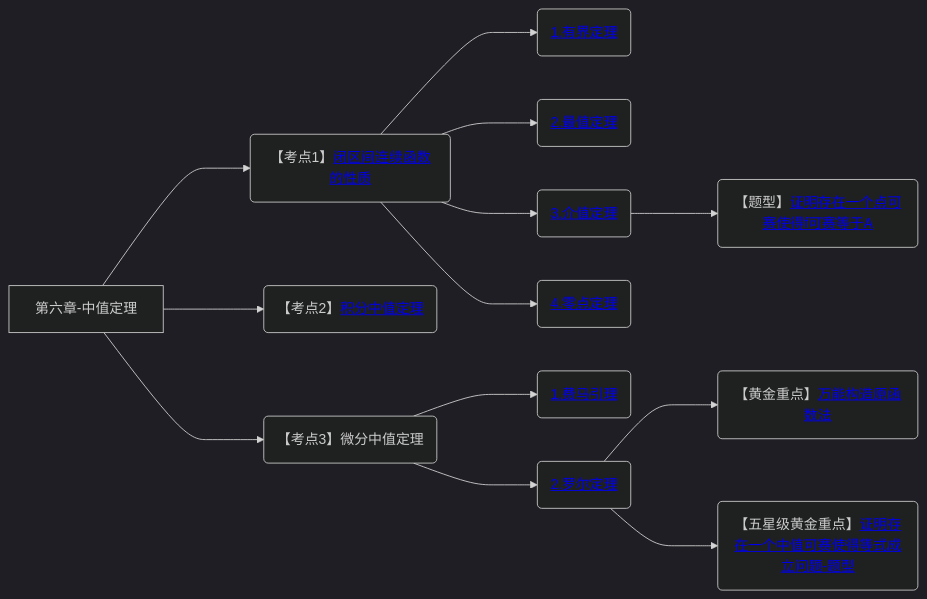
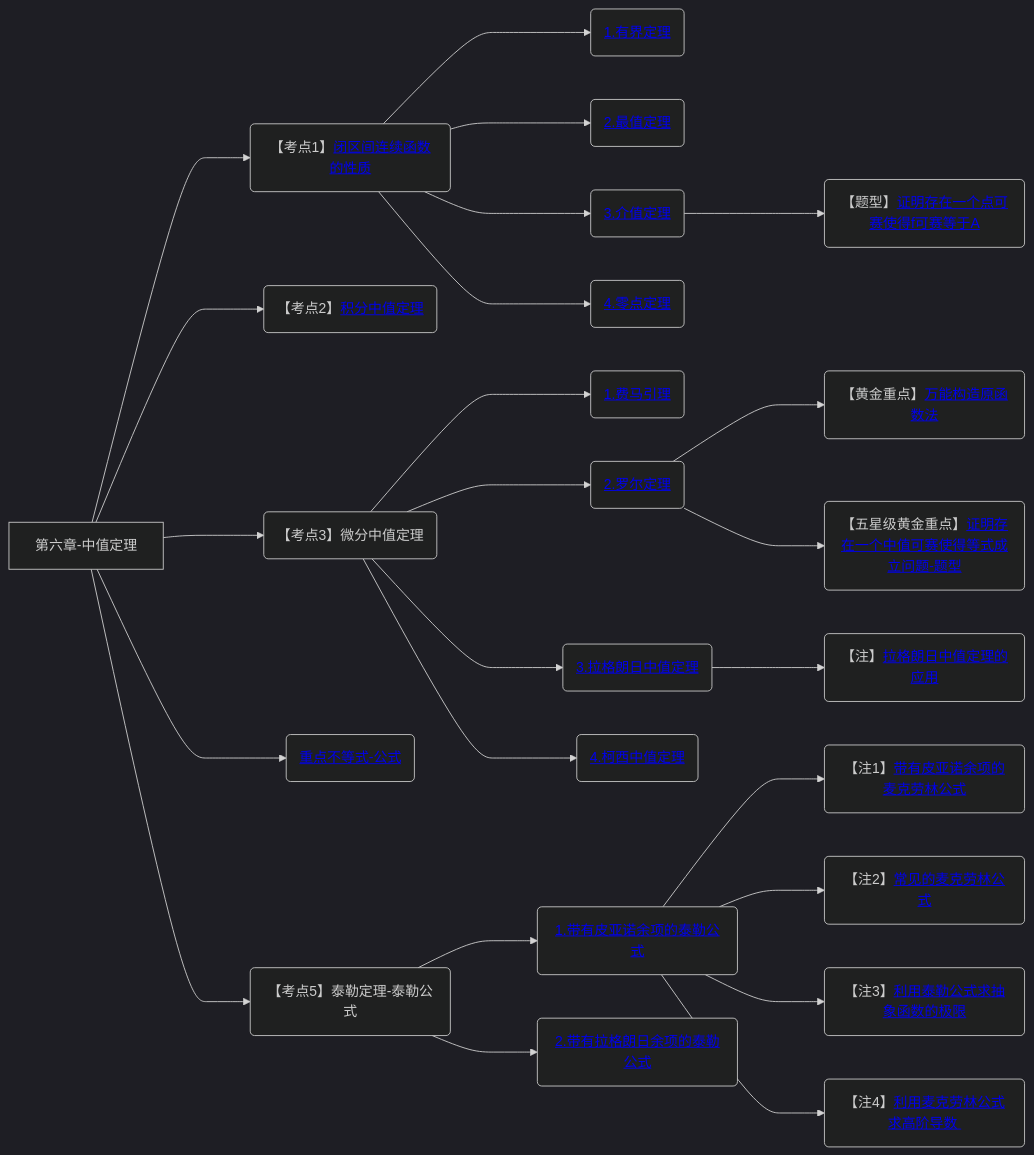
Diagram 26 of 26 in 笔记/数学/周洋鑫/01.基础班思维导图.md (yuebinghui/note), drawn with Mermaid (dark theme) before and after one commit. The commit also changed 3 other files, not shown here.

````diff
--- a/笔记/数学/周洋鑫/01.基础班思维导图.md
+++ b/笔记/数学/周洋鑫/01.基础班思维导图.md
@@ -877,20 +877,34 @@
 ```mermaid
 graph LR
 第六章-中值定理
 
 第六章-中值定理--->闭区间连续函数的性质(【考点1】<a href="/Users/yuebinghui/Documents/program/github/note/笔记/数学/周洋鑫/基础班/31.二重极限_二元函数连续与偏导数定义_1.md#闭区间连续函数的性质">闭区间连续函数的性质</>)
 闭区间连续函数的性质--->1.有界定理(<a href="/Users/yuebinghui/Documents/program/github/note/笔记/数学/周洋鑫/基础班/31.二重极限_二元函数连续与偏导数定义_1.md#1.有界定理">1.有界定理</>)
 闭区间连续函数的性质--->2.最值定理(<a href="/Users/yuebinghui/Documents/program/github/note/笔记/数学/周洋鑫/基础班/31.二重极限_二元函数连续与偏导数定义_1.md#2.最值定理">2.最值定理</>)
 闭区间连续函数的性质--->3.介值定理(<a href="/Users/yuebinghui/Documents/program/github/note/笔记/数学/周洋鑫/基础班/31.二重极限_二元函数连续与偏导数定义_1.md#3.介值定理">3.介值定理</>)
 3.介值定理--->证明存在一个点可赛使得f可赛等于A(【题型】<a href="/Users/yuebinghui/Documents/program/github/note/笔记/数学/周洋鑫/基础班/31.二重极限_二元函数连续与偏导数定义_1.md#证明存在一个点可赛使得f可赛等于A">证明存在一个点可赛使得f可赛等于A</>)
 闭区间连续函数的性质--->4.零点定理(<a href="/Users/yuebinghui/Documents/program/github/note/笔记/数学/周洋鑫/基础班/31.二重极限_二元函数连续与偏导数定义_1.md#4.零点定理">4.零点定理</>)
 
 第六章-中值定理--->积分中值定理(【考点2】<a href="/Users/yuebinghui/Documents/program/github/note/笔记/数学/周洋鑫/基础班/31.二重极限_二元函数连续与偏导数定义_1.md#积分中值定理">积分中值定理</>)
 
 第六章-中值定理--->微分中值定理(【考点3】微分中值定理)
 微分中值定理--->1.费马引理(<a href="/Users/yuebinghui/Documents/program/github/note/笔记/数学/周洋鑫/基础班/31.二重极限_二元函数连续与偏导数定义_1.md#1.费马引理">1.费马引理</>)
 微分中值定理--->2.罗尔定理(<a href="/Users/yuebinghui/Documents/program/github/note/笔记/数学/周洋鑫/基础班/31.二重极限_二元函数连续与偏导数定义_1.md#2.罗尔定理">2.罗尔定理</>)
 2.罗尔定理--->万能构造原函数法(【黄金重点】<a href="/Users/yuebinghui/Documents/program/github/note/笔记/数学/周洋鑫/基础班/31.二重极限_二元函数连续与偏导数定义_1.md#万能构造原函数法">万能构造原函数法</>)
 2.罗尔定理--->证明存在一个中值可赛使得等式成立问题-题型(【五星级黄金重点】<a href="/Users/yuebinghui/Documents/program/github/note/笔记/数学/周洋鑫/基础班/31.二重极限_二元函数连续与偏导数定义_1.md#证明存在一个中值可赛使得等式成立问题-题型">证明存在一个中值可赛使得等式成立问题-题型</>)
+微分中值定理--->3.拉格朗日中值定理(<a href="/Users/yuebinghui/Documents/program/github/note/笔记/数学/周洋鑫/基础班/31.二重极限_二元函数连续与偏导数定义_1.md#3.拉格朗日中值定理">3.拉格朗日中值定理</>)
+3.拉格朗日中值定理--->拉格朗日中值定理的应用(【注】<a href="/Users/yuebinghui/Documents/program/github/note/笔记/数学/周洋鑫/基础班/31.二重极限_二元函数连续与偏导数定义_1.md#拉格朗日中值定理的应用">拉格朗日中值定理的应用</>)
+
+第六章-中值定理--->重点不等式-公式(<a href="/Users/yuebinghui/Documents/program/github/note/笔记/数学/周洋鑫/基础班/31.二重极限_二元函数连续与偏导数定义_1.md#重点不等式-公式">重点不等式-公式</>)
+
+微分中值定理--->4.柯西中值定理(<a href="/Users/yuebinghui/Documents/program/github/note/笔记/数学/周洋鑫/基础班/31.二重极限_二元函数连续与偏导数定义_1.md#4.柯西中值定理">4.柯西中值定理</>)
+
+第六章-中值定理--->泰勒定理-泰勒公式(【考点5】泰勒定理-泰勒公式)
+泰勒定理-泰勒公式--->1.带有皮亚诺余项的泰勒公式(<a href="/Users/yuebinghui/Documents/program/github/note/笔记/数学/周洋鑫/基础班/31.二重极限_二元函数连续与偏导数定义_1.md#1.带有皮亚诺余项的泰勒公式">1.带有皮亚诺余项的泰勒公式</>)
+1.带有皮亚诺余项的泰勒公式--->带有皮亚诺余项的麦克劳林公式(【注1】<a href="/Users/yuebinghui/Documents/program/github/note/笔记/数学/周洋鑫/基础班/31.二重极限_二元函数连续与偏导数定义_1.md#带有皮亚诺余项的麦克劳林公式">带有皮亚诺余项的麦克劳林公式</>)
+1.带有皮亚诺余项的泰勒公式--->常见的麦克劳林公式(【注2】<a href="/Users/yuebinghui/Documents/program/github/note/笔记/数学/周洋鑫/基础班/31.二重极限_二元函数连续与偏导数定义_1.md#常见的麦克劳林公式">常见的麦克劳林公式</>)
+1.带有皮亚诺余项的泰勒公式--->利用泰勒公式求抽象函数的极限(【注3】<a href="/Users/yuebinghui/Documents/program/github/note/笔记/数学/周洋鑫/基础班/31.二重极限_二元函数连续与偏导数定义_1.md#利用泰勒公式求抽象函数的极限">利用泰勒公式求抽象函数的极限</>)
+1.带有皮亚诺余项的泰勒公式--->利用麦克劳林公式求高阶导数(【注4】<a href="/Users/yuebinghui/Documents/program/github/note/笔记/数学/周洋鑫/基础班/31.二重极限_二元函数连续与偏导数定义_1.md#利用麦克劳林公式求高阶导数 ">利用麦克劳林公式求高阶导数 </>)
+泰勒定理-泰勒公式--->2.带有拉格朗日余项的泰勒公式(<a href="/Users/yuebinghui/Documents/program/github/note/笔记/数学/周洋鑫/基础班/31.二重极限_二元函数连续与偏导数定义_1.md#2.带有拉格朗日余项的泰勒公式">2.带有拉格朗日余项的泰勒公式</>)
 
 ```
````
